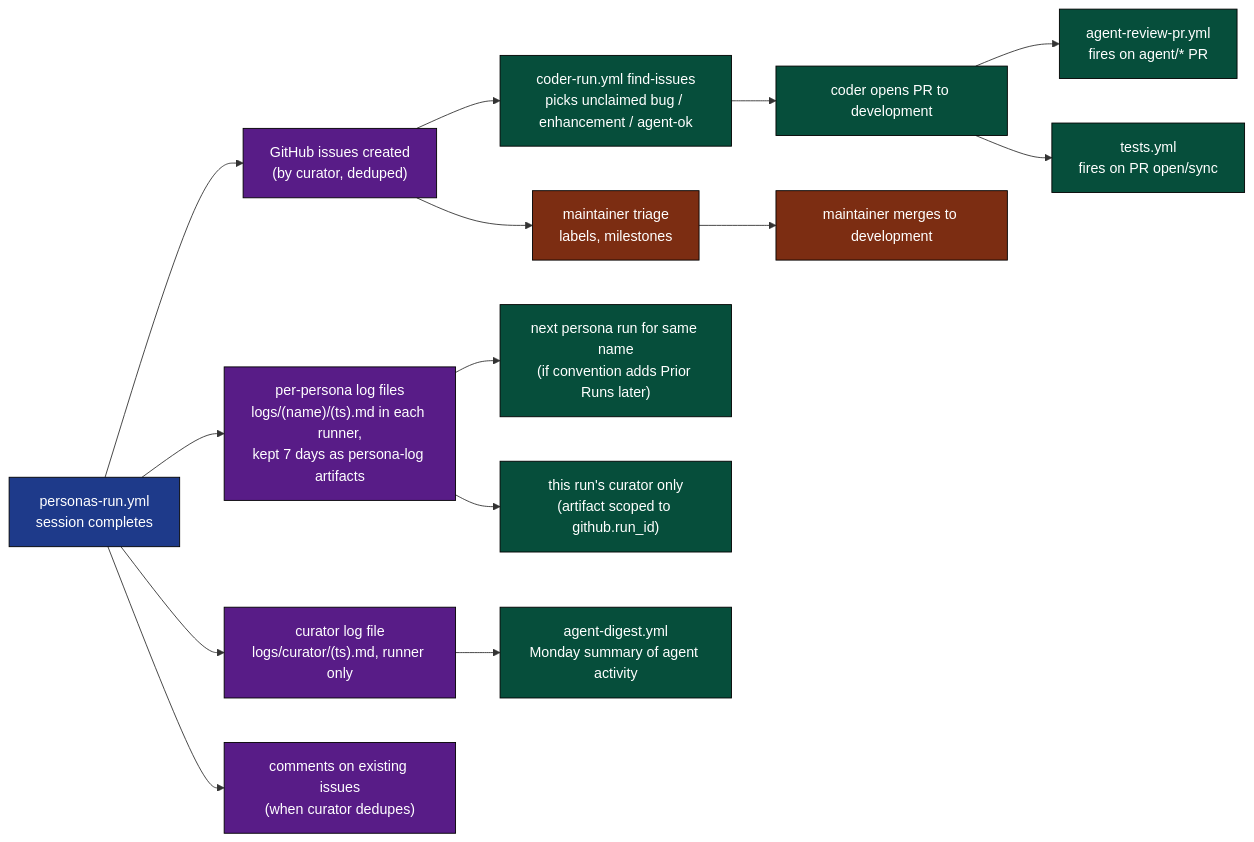
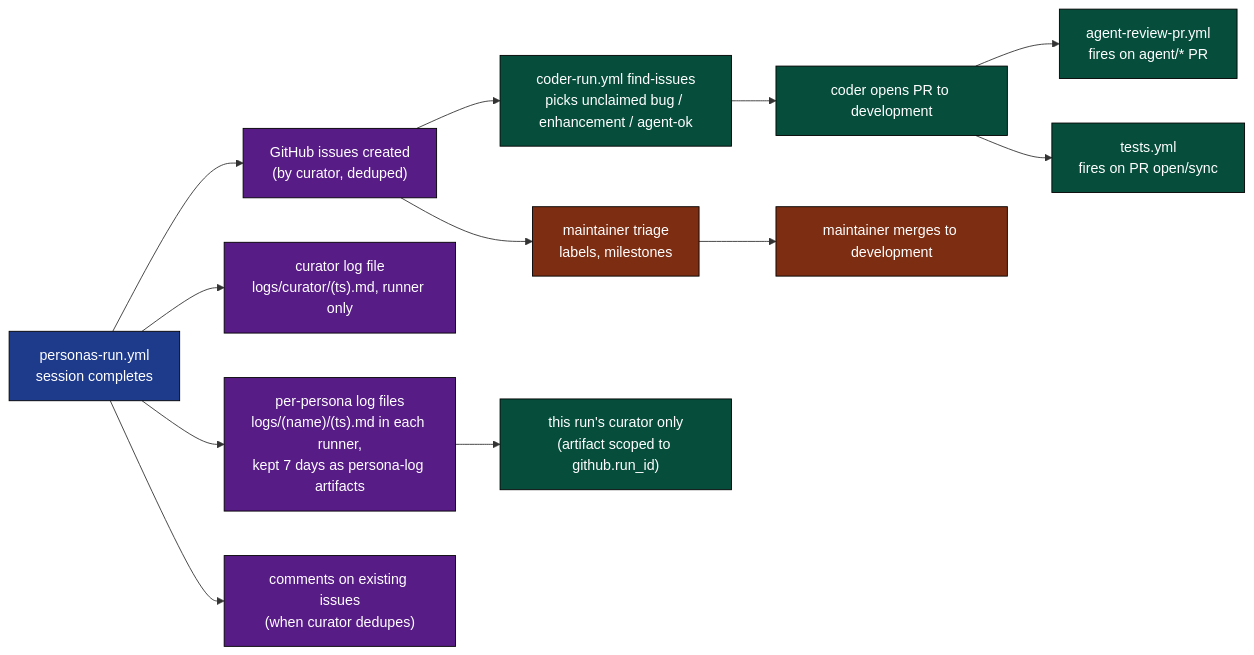
One commit to llm-exe/llm-exe changed the ninth of 12 diagrams in .github/docs/PERSONAS_RUN_DEEP_DIVE.md. Above: the diagram before and after it, drawn with Mermaid. The commit also changed other lines of this file and 2 other files, not shown here.

First line of the commit message:
docs: drop the cascade and digest edges that imply persona logs persist

````diff
--- a/.github/docs/PERSONAS_RUN_DEEP_DIVE.md
+++ b/.github/docs/PERSONAS_RUN_DEEP_DIVE.md
@@ -553,26 +551,24 @@
 ```mermaid
 flowchart LR
     classDef src fill:#1e3a8a,color:#fff,stroke:#000
     classDef out fill:#581c87,color:#fff,stroke:#000
     classDef cons fill:#064e3b,color:#fff,stroke:#000
     classDef human fill:#7c2d12,color:#fff,stroke:#000
 
     PR["personas-run.yml\nsession completes"]:::src
 
     PR --> O1["per-persona log files\nlogs/(name)/(ts).md in each runner,\nkept 7 days as persona-log artifacts"]:::out
     PR --> O2["curator log file\nlogs/curator/(ts).md, runner only"]:::out
     PR --> O3["GitHub issues created\n(by curator, deduped)"]:::out
     PR --> O4["comments on existing issues\n(when curator dedupes)"]:::out
 
     O3 --> C1["coder-run.yml find-issues\npicks unclaimed bug / enhancement / agent-ok"]:::cons
     O3 --> C2["maintainer triage\nlabels, milestones"]:::human
 
-    O1 --> C3["next persona run for same name\n(if convention adds Prior Runs later)"]:::cons
     O1 --> C4["this run's curator only\n(artifact scoped to github.run_id)"]:::cons
-    O2 --> C5["agent-digest.yml\nMonday summary of agent activity"]:::cons
 
     C1 --> C6["coder opens PR to development"]:::cons
     C6 --> C7["agent-review-pr.yml\nfires on agent/* PR"]:::cons
     C6 --> C8["tests.yml\nfires on PR open/sync"]:::cons
     C2 --> M["maintainer merges to development"]:::human
 ```
````
